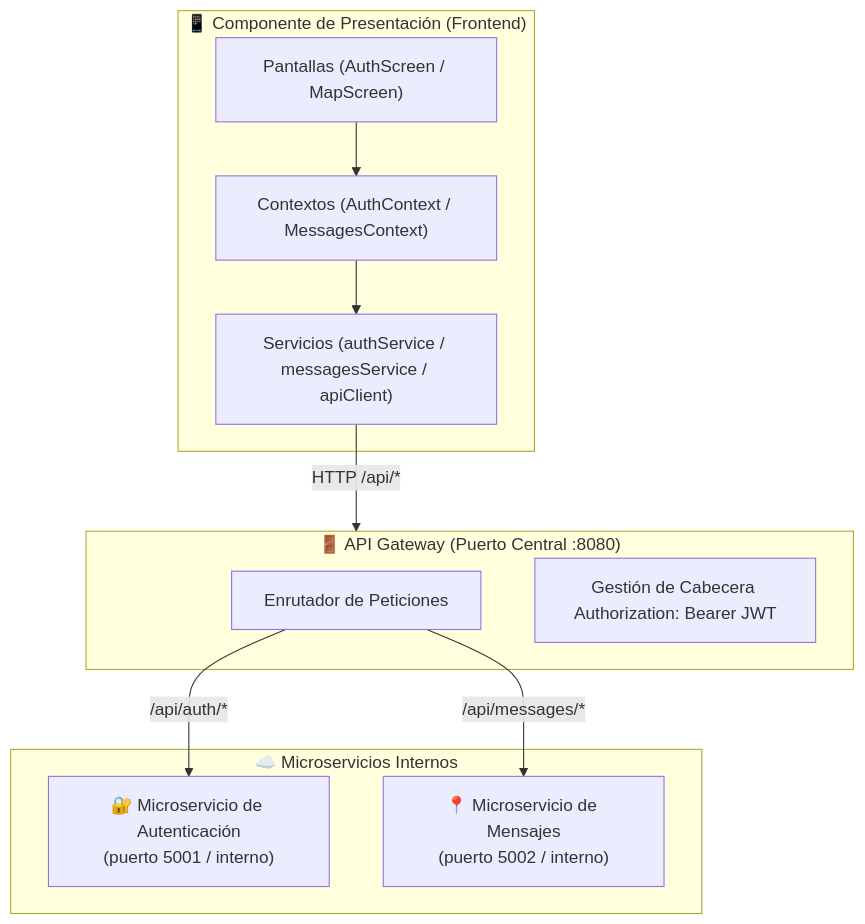
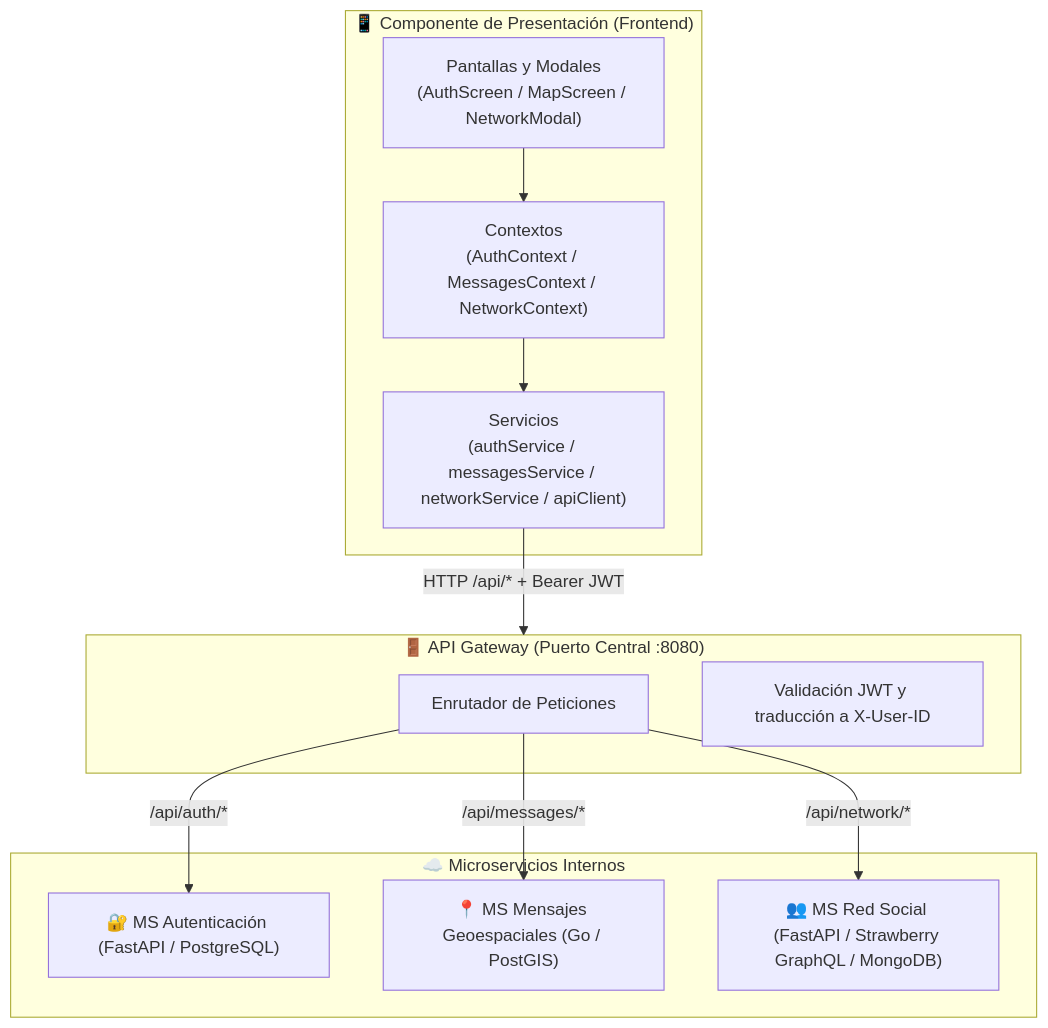
Before and after one commit to jumedinaca/swarch-project: the first of 2 diagrams in frontend/API_GATEWAY_INTEGRATION.md, drawn with Mermaid. The commit also changed other lines of this file and 17 other files, not shown here.

First line of the commit message:
feat: Implement social network features with friendships management

````diff
--- a/frontend/API_GATEWAY_INTEGRATION.md
+++ b/frontend/API_GATEWAY_INTEGRATION.md
@@ -32,24 +32,26 @@
 ```mermaid
 flowchart TD
     subgraph Cliente["📱 Componente de Presentación (Frontend)"]
-        UI["Pantallas (AuthScreen / MapScreen)"]
-        Context["Contextos (AuthContext / MessagesContext)"]
-        Services["Servicios (authService / messagesService / apiClient)"]
+        UI["Pantallas y Modales\n(AuthScreen / MapScreen / NetworkModal)"]
+        Context["Contextos\n(AuthContext / MessagesContext / NetworkContext)"]
+        Services["Servicios\n(authService / messagesService / networkService / apiClient)"]
         UI --> Context
         Context --> Services
     end
 
     subgraph Gateway["🚪 API Gateway (Puerto Central :8080)"]
         Router["Enrutador de Peticiones"]
-        AuthFilter["Gestión de Cabecera Authorization: Bearer JWT"]
+        AuthFilter["Validación JWT y traducción a X-User-ID"]
     end
 
     subgraph Backend["☁️ Microservicios Internos"]
-        AuthMS["🔐 Microservicio de Autenticación\n(puerto 5001 / interno)"]
-        MessagesMS["📍 Microservicio de Mensajes\n(puerto 5002 / interno)"]
+        AuthMS["🔐 MS Autenticación (FastAPI / PostgreSQL)"]
+        MsgMS["📍 MS Mensajes Geoespaciales (Go / PostGIS)"]
+        NetMS["👥 MS Red Social (FastAPI / Strawberry GraphQL / MongoDB)"]
     end
 
-    Services -- "HTTP /api/*" --> Gateway
+    Services -- "HTTP /api/* + Bearer JWT" --> Gateway
     Router -- "/api/auth/*" --> AuthMS
-    Router -- "/api/messages/*" --> MessagesMS
+    Router -- "/api/messages/*" --> MsgMS
+    Router -- "/api/network/*" --> NetMS
 ```
````
